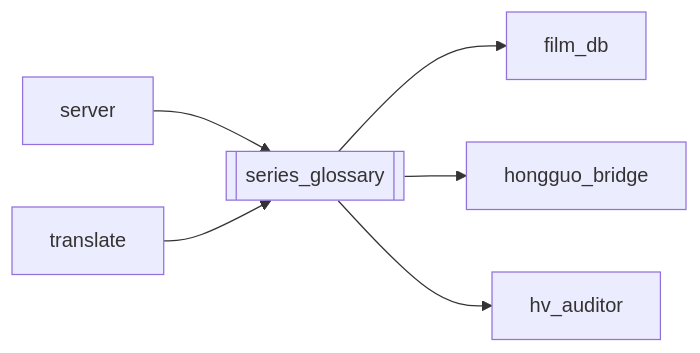
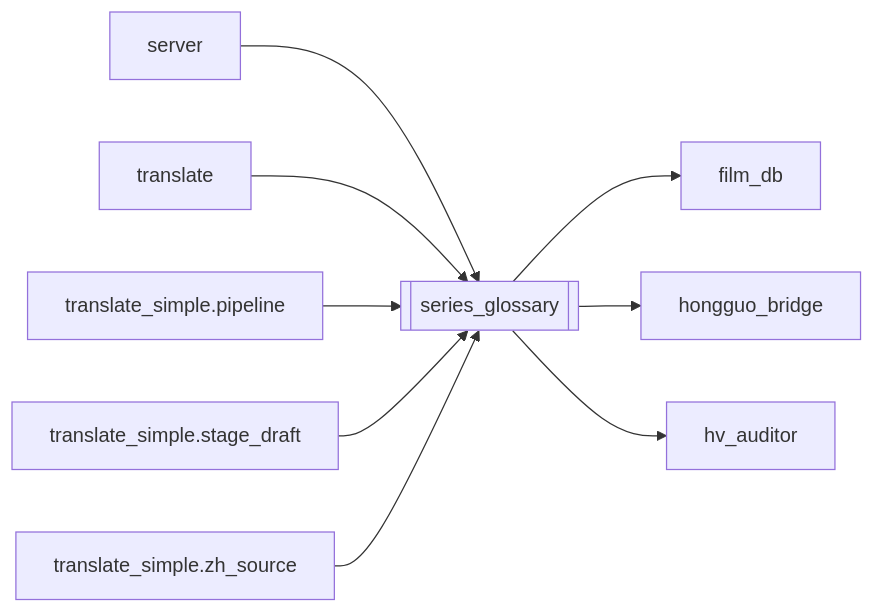
The diagram in docs/brain/modules/series_glossary.md (kjza178/PineLineV4), drawn with Mermaid before and after one commit. The commit also changed other lines of this file and 200 other files, not shown here.

````diff
--- a/docs/brain/modules/series_glossary.md
+++ b/docs/brain/modules/series_glossary.md
@@ -16,9 +16,12 @@
 ```mermaid
 flowchart LR
   series_glossary[[series_glossary]]
   server[server] --> series_glossary
   translate[translate] --> series_glossary
+  translate_simple_pipeline[translate_simple.pipeline] --> series_glossary
+  translate_simple_stage_draft[translate_simple.stage_draft] --> series_glossary
+  translate_simple_zh_source[translate_simple.zh_source] --> series_glossary
   series_glossary --> film_db[film_db]
   series_glossary --> hongguo_bridge[hongguo_bridge]
   series_glossary --> hv_auditor[hv_auditor]
 ```
````
